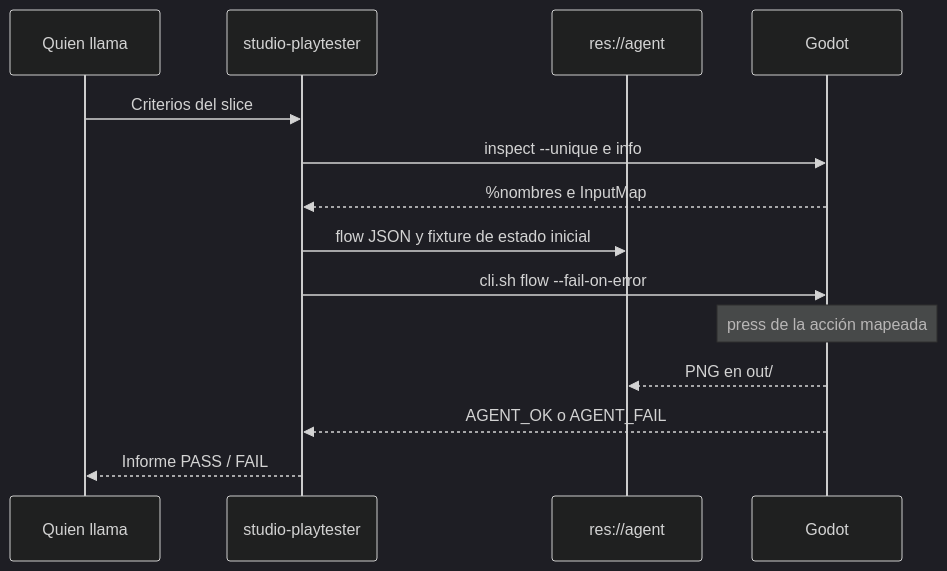
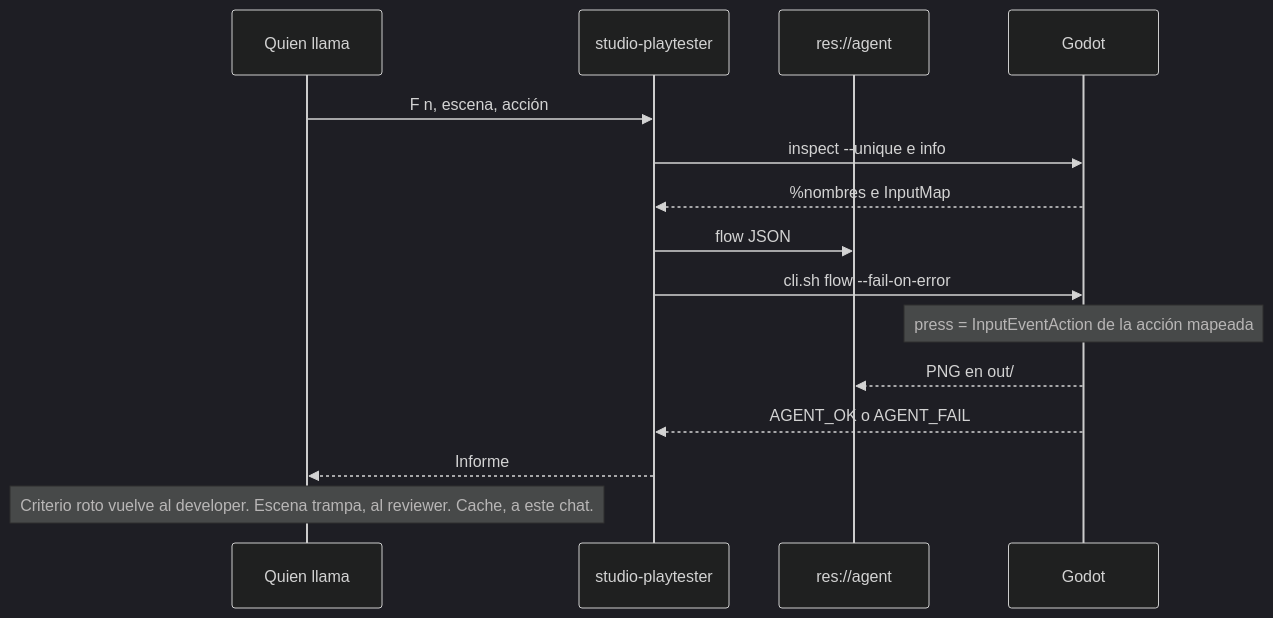
One commit to Joelnicolass/godot-studio-playtest changed the diagram in README.md. Above: the diagram before and after it, drawn with Mermaid (dark theme). The commit also changed other lines of this file and 9 other files, not shown here.

First line of the commit message:
Play the approved debug scene instead of building one in the flow.

````diff
--- a/README.md
+++ b/README.md
@@ -45,16 +45,17 @@
 ```mermaid
 sequenceDiagram
   participant C as Quien llama
   participant P as studio-playtester
   participant A as res://agent
   participant G as Godot
-  C->>P: Criterios del slice
+  C->>P: F n, escena, acción
   P->>G: inspect --unique e info
   G-->>P: %nombres e InputMap
-  P->>A: flow JSON y fixture de estado inicial
+  P->>A: flow JSON
   P->>G: cli.sh flow --fail-on-error
-  Note over G: press de la acción mapeada
+  Note over G: press = InputEventAction de la acción mapeada
   G-->>A: PNG en out/
   G-->>P: AGENT_OK o AGENT_FAIL
-  P-->>C: Informe PASS / FAIL
+  P-->>C: Informe
+  Note over C: Criterio roto vuelve al developer. Escena trampa, al reviewer. Cache, a este chat.
 ```
````
